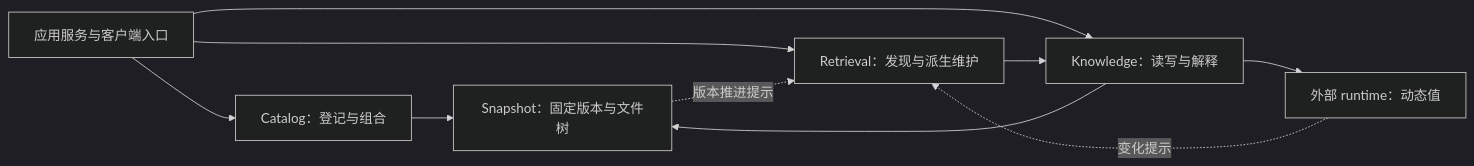
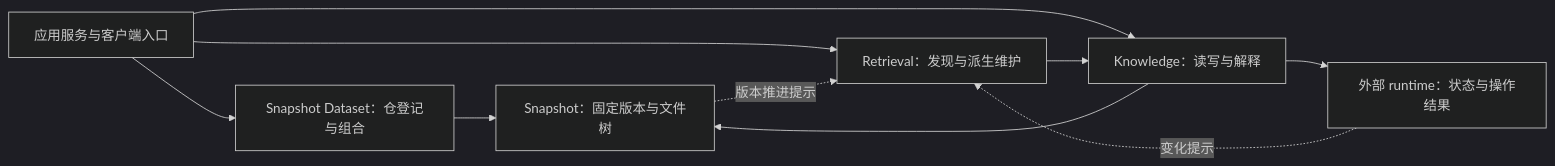
Before and after one commit to AlexKaiqi/knowledge-catalog: the diagram in docs/reviewed/core-architecture.md, drawn with Mermaid (dark theme). The commit also changed other lines of this file and 1502 other files, not shown here.

````diff
--- a/docs/reviewed/core-architecture.md
+++ b/docs/reviewed/core-architecture.md
@@ -60,12 +89,12 @@
 ```mermaid
 flowchart LR
-    A["应用服务与客户端入口"] --> C["Catalog：登记与组合"]
+    A["应用服务与客户端入口"] --> C["Snapshot Dataset：仓登记与组合"]
     A --> K["Knowledge：读写与解释"]
     A --> R["Retrieval：发现与派生维护"]
     C --> S["Snapshot：固定版本与文件树"]
     K --> S
     R --> K
-    K --> M["外部 runtime：动态值"]
+    K --> M["外部 runtime：状态与操作结果"]
     S -. "版本推进提示" .-> R
     M -. "变化提示" .-> R
 ```
````
